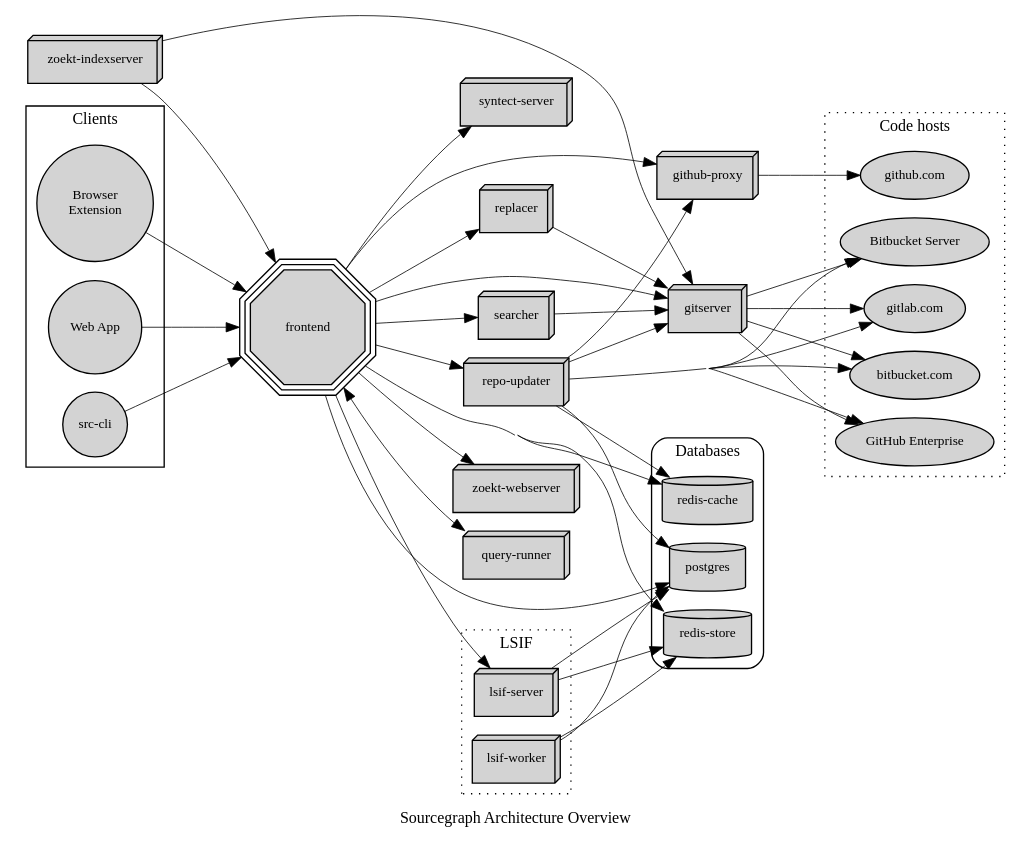
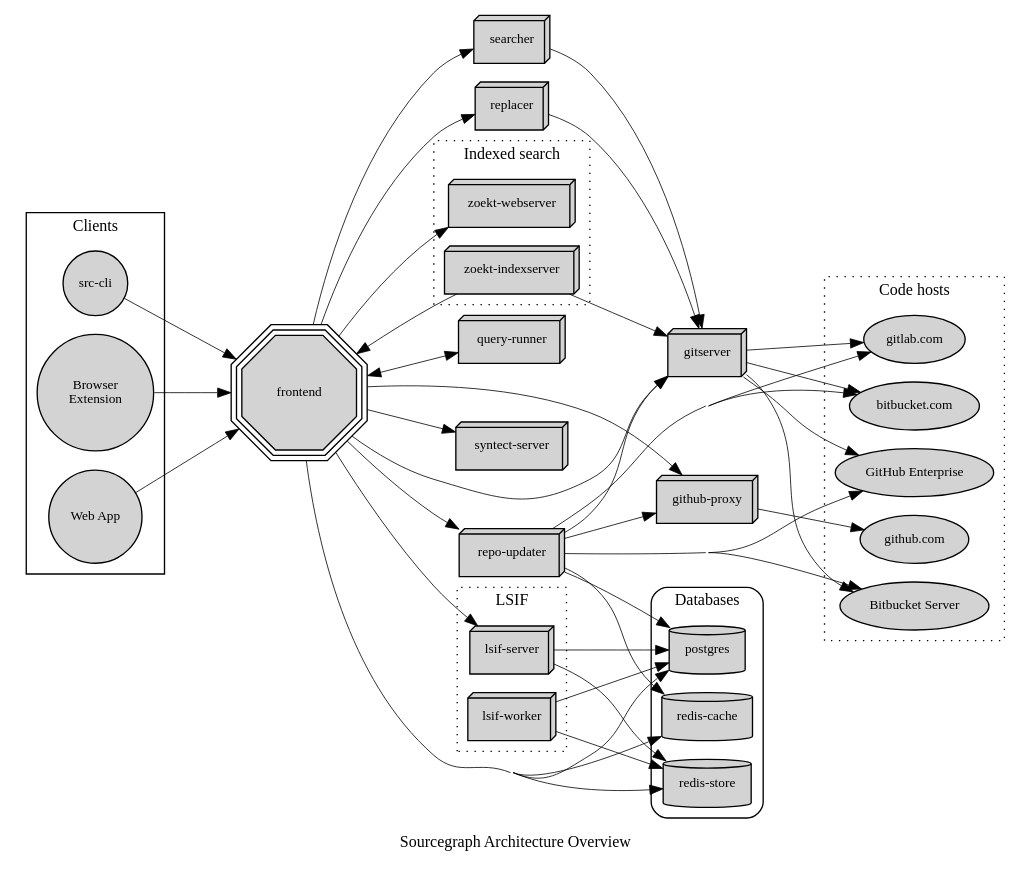
Before and after one commit to sourcegraph/sourcegraph-public-snapshot: the diagram in doc/dev/architecture/architecture.dot, drawn with Graphviz. The commit also changed 1 other file, not shown here.

Commit message:
Gropu zoekt services.

```diff
--- a/doc/dev/architecture/architecture.dot
+++ b/doc/dev/architecture/architecture.dot
@@ -1,126 +1,133 @@
 digraph architecture {
     label="Sourcegraph Architecture Overview"
     rankdir=LR
     ratio=fill
     concentrate=true
     ranksep=0.8
     nodesep=0.2
 
     graph [
         fontname="Iosevka"
         fontsize=12
     ]
 
     node [
         style="filled"
         shape="box3d"
         fontname="Iosevka"
         fontsize=10
     ]
 
     edge [
         penwidth=0.6
         arrowType="empty"
     ]
 
     frontend [
         fixedsize=true
         width=1.2
         height=1.2
         shape="tripleoctagon"
         label="frontend"
         URL="https://github.com/sourcegraph/sourcegraph/tree/master/cmd/frontend"
     ]
 
     gitserver    [label="gitserver" URL="https://github.com/sourcegraph/sourcegraph/tree/master/cmd/gitserver"]
     repo_updater [label="repo-updater" URL="https://github.com/sourcegraph/sourcegraph/tree/master/cmd/repo-updater"]
     searcher     [label="searcher" URL="https://github.com/sourcegraph/sourcegraph/tree/master/cmd/searcher"]
     replacer     [label="replacer" URL="https://github.com/sourcegraph/sourcegraph/tree/master/cmd/replacer"]
-    zoekt_webserver [label="zoekt-webserver" URL="https://github.com/sourcegraph/zoekt/tree/master/cmd/zoekt-webserver"]
-    zoekt_indexserver [label="zoekt-indexserver" URL="https://github.com/sourcegraph/zoekt/tree/master/cmd/zoekt-sourcegraph-indexserver"]
     query_runner [label="query-runner" URL="https://github.com/sourcegraph/sourcegraph/tree/master/cmd/query-runner"]
     github_proxy [label="github-proxy" URL="https://github.com/sourcegraph/sourcegraph/tree/master/cmd/github-proxy"]
     syntect_server [label="syntect-server" URL="https://github.com/sourcegraph/syntect_server"]
+
+    subgraph cluster_lsif_zoekt {
+        label="Indexed search"
+        rank="same"
+        graph [style="dotted"]
+
+        zoekt_webserver [label="zoekt-webserver" URL="https://github.com/sourcegraph/zoekt/tree/master/cmd/zoekt-webserver"]
+        zoekt_indexserver [label="zoekt-indexserver" URL="https://github.com/sourcegraph/zoekt/tree/master/cmd/zoekt-sourcegraph-indexserver"]
+    }
 
     subgraph cluster_lsif_processes {
         label="LSIF"
         rank="same"
         graph [style="dotted"]
 
         lsif_server [label="lsif-server" URL="https://github.com/sourcegraph/sourcegraph/tree/master/lsif/src/server"]
         lsif_worker [label="lsif-worker" URL="https://github.com/sourcegraph/sourcegraph/tree/master/lsif/src/worker"]
     }
 
     subgraph cluster_databases {
         label="Databases"
         rank="same"
         graph [style="rounded"]
         node [shape="cylinder"]
 
         redis_cache [label="redis-cache"]
         redis_store [label="redis-store"]
         postgres [label="postgres"]
     }
 
     subgraph cluster_codehosts {
         label="Code hosts"
         rank="same"
         graph [style="dotted"]
         node  [shape="oval"]
 
         github_dot_com [label="github.com"]
         gitlab_dot_com [label="gitlab.com"]
         bitbucket_cloud [label="bitbucket.com"]
         github_enterprise [label="GitHub Enterprise"]
         bitbucket_server [label="Bitbucket Server"]
     }
 
     subgraph cluster_clients {
         label="Clients"
         node [shape="circle"]
         src_cli [label="src-cli" URL="https://github.com/sourcegraph/src-cli"]
         browser_ext [label="Browser\nExtension" URL="https://github.com/sourcegraph/sourcegraph/tree/master/browser/"]
         web_app [label="Web App" URL="https://github.com/sourcegraph/sourcegraph/tree/master/web"]
     }
 
     frontend -> gitserver
     frontend -> query_runner -> frontend
     frontend -> searcher -> gitserver
     frontend -> replacer -> gitserver
     frontend -> repo_updater
     frontend -> github_proxy
     frontend -> zoekt_webserver
     frontend -> postgres
     frontend -> redis_cache
     frontend -> redis_store
     frontend -> syntect_server
     frontend -> lsif_server
 
     lsif_server -> postgres
     lsif_server -> redis_store
     lsif_worker -> postgres
     lsif_worker -> redis_store
 
     repo_updater -> github_proxy
     repo_updater -> github_enterprise
     repo_updater -> gitlab_dot_com
     repo_updater -> bitbucket_server
     repo_updater -> bitbucket_cloud
     repo_updater -> postgres
     repo_updater -> gitserver
     repo_updater -> redis_cache
 
     github_proxy -> github_dot_com
 
     gitserver -> github_enterprise
     gitserver -> gitlab_dot_com
     gitserver -> bitbucket_server
     gitserver -> bitbucket_cloud
 
     zoekt_indexserver -> frontend
     zoekt_indexserver -> gitserver
 
     browser_ext -> frontend
     web_app -> frontend
     src_cli -> frontend
 }
```
